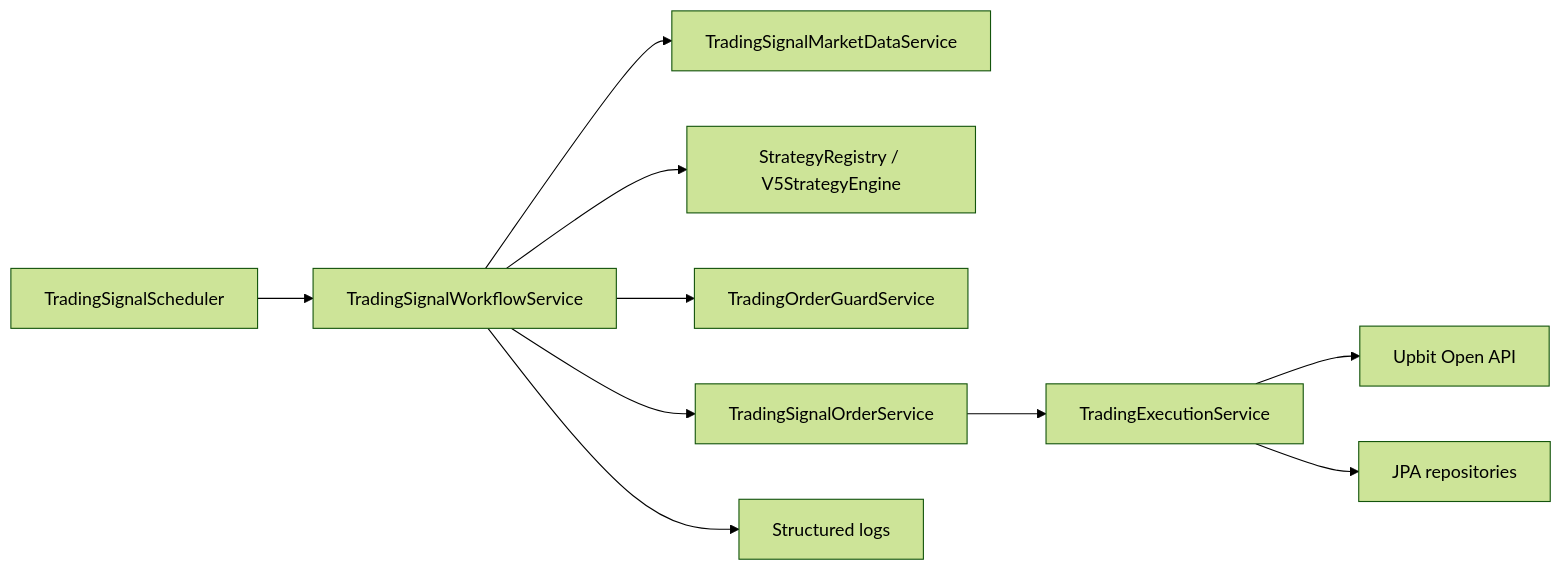
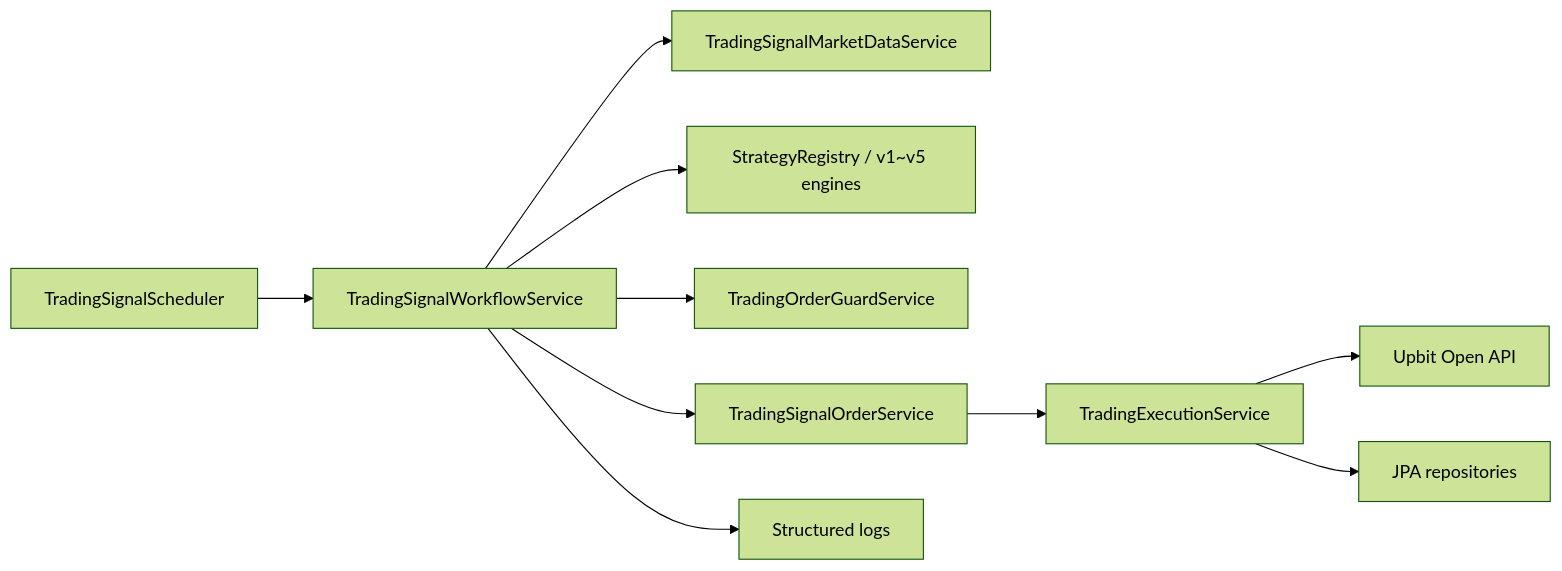
The diagram in docs/technical_specification.md (now-start/evergreen), drawn with Mermaid (forest theme) before and after one commit. The commit also changed other lines of this file and 45 other files, not shown here.

````diff
--- a/docs/technical_specification.md
+++ b/docs/technical_specification.md
@@ -11,12 +11,12 @@
 ```mermaid
 flowchart LR
     Scheduler["TradingSignalScheduler"] --> Workflow["TradingSignalWorkflowService"]
     Workflow --> MarketData["TradingSignalMarketDataService"]
-    Workflow --> Strategy["StrategyRegistry / V5StrategyEngine"]
+    Workflow --> Strategy["StrategyRegistry / v1~v5 engines"]
     Workflow --> Guard["TradingOrderGuardService"]
     Workflow --> SignalOrder["TradingSignalOrderService"]
     SignalOrder --> Execution["TradingExecutionService"]
     Execution --> Upbit["Upbit Open API"]
     Execution --> DB["JPA repositories"]
     Workflow --> Logs["Structured logs"]
 ```
````
